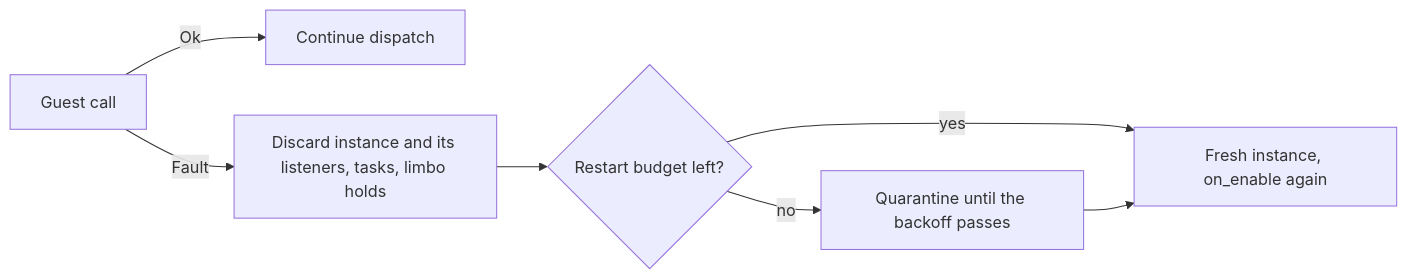
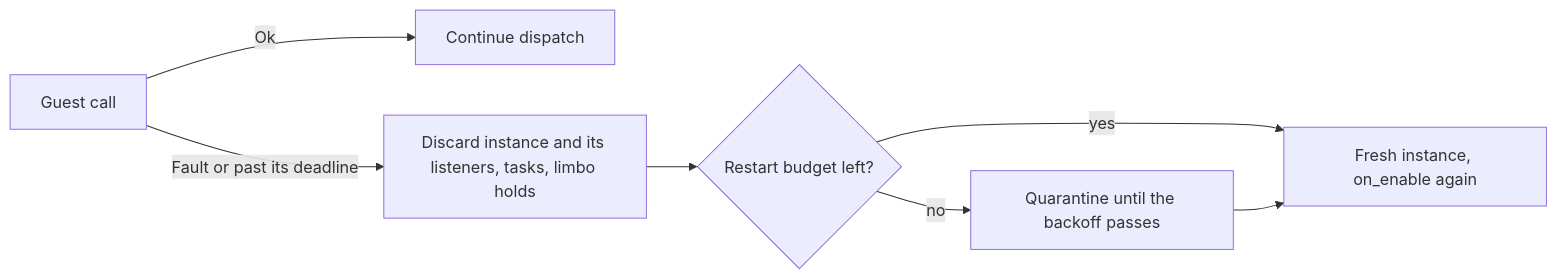
One commit to Shadowner/Infrarust changed the second of 2 diagrams in docs/v2/plugins/wasm/lifecycle.md. Above: the diagram before and after it, drawn with Mermaid. The commit also changed other lines of this file and 11 other files, not shown here.

````diff
--- a/docs/v2/plugins/wasm/lifecycle.md
+++ b/docs/v2/plugins/wasm/lifecycle.md
@@ -281,9 +282,9 @@
 ```mermaid
 flowchart LR
     A[Guest call] -->|Ok| B[Continue dispatch]
-    A -->|Fault| C[Discard instance and its listeners, tasks, limbo holds]
+    A -->|Fault or past its deadline| C[Discard instance and its listeners, tasks, limbo holds]
     C --> D{Restart budget left?}
     D -->|yes| E[Fresh instance, on_enable again]
     D -->|no| F[Quarantine until the backoff passes]
     F --> E
 ```
````
